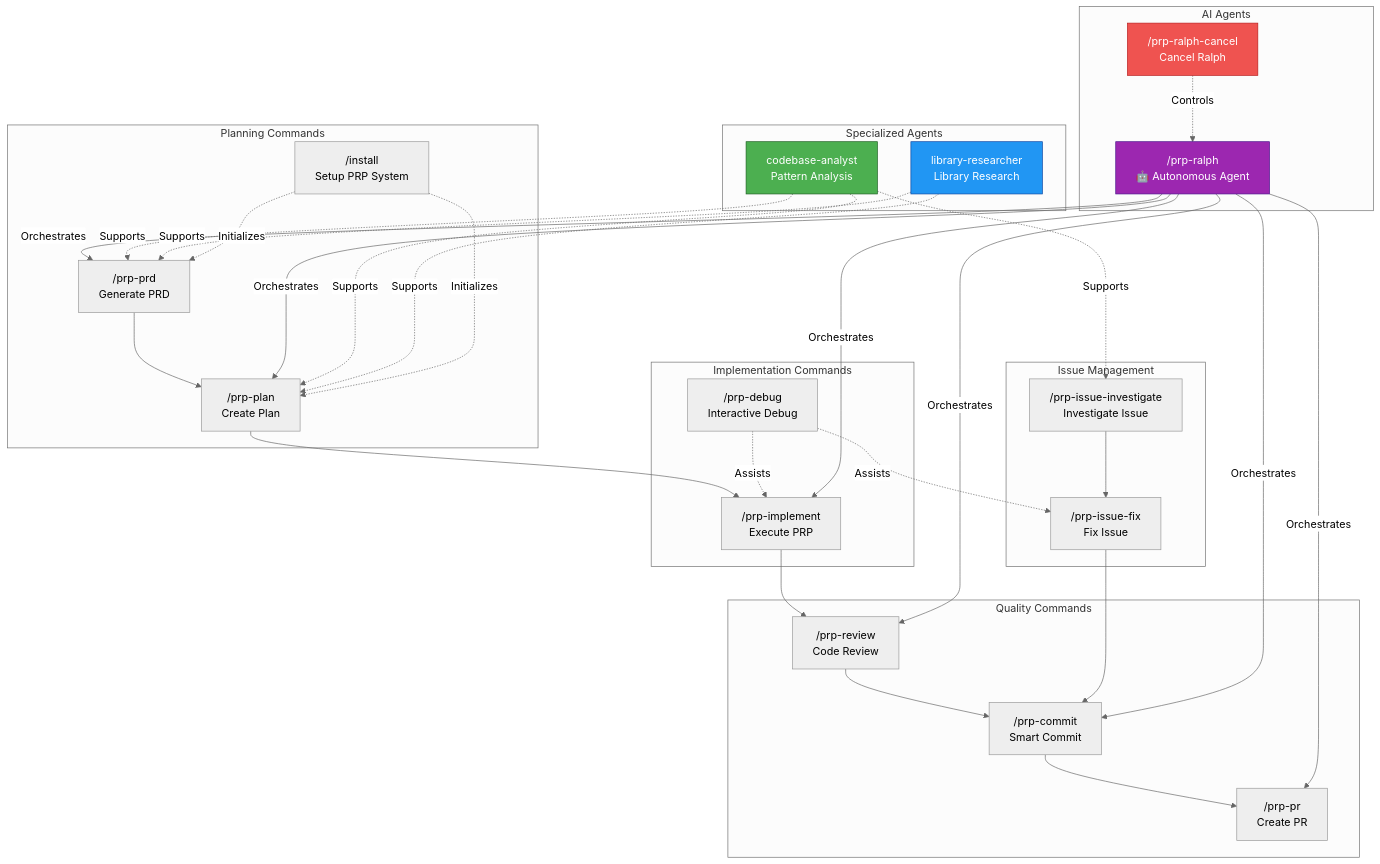
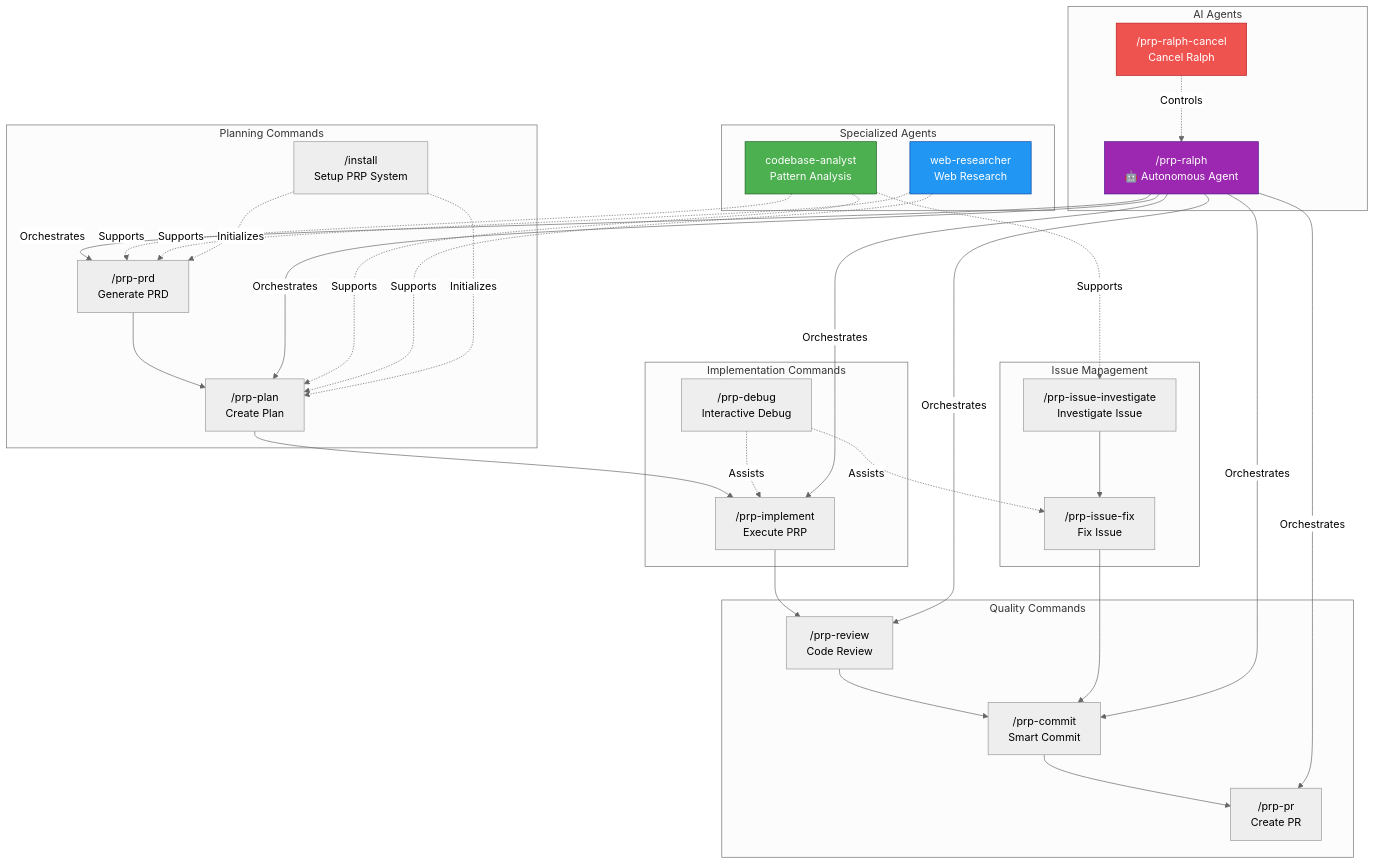
One commit to NanoBoom/nano-claude-code-plugins changed the fifth of 5 diagrams in README.md. Above: the diagram before and after it, drawn with Mermaid (neutral theme). The commit also changed 1 other file, not shown here.

Commit message:
docs: rename Researcher agent for web research
- Rename the Researcher agent from `library-researcher` to `web-researcher` in both README files

````diff
--- a/README.md
+++ b/README.md
@@ -291,69 +291,69 @@
 ```mermaid
 graph TB
     subgraph "Planning Commands"
         PRD["/prp-prd<br/>Generate PRD"]
         Plan["/prp-plan<br/>Create Plan"]
         Install["/install<br/>Setup PRP System"]
     end
 
     subgraph "Implementation Commands"
         Implement["/prp-implement<br/>Execute PRP"]
         Debug["/prp-debug<br/>Interactive Debug"]
     end
 
     subgraph "Issue Management"
         Investigate["/prp-issue-investigate<br/>Investigate Issue"]
         Fix["/prp-issue-fix<br/>Fix Issue"]
     end
 
     subgraph "Quality Commands"
         Review["/prp-review<br/>Code Review"]
         Commit["/prp-commit<br/>Smart Commit"]
         PR["/prp-pr<br/>Create PR"]
     end
 
     subgraph "AI Agents"
         Ralph["/prp-ralph<br/>🤖 Autonomous Agent"]
         RalphCancel["/prp-ralph-cancel<br/>Cancel Ralph"]
     end
 
     subgraph "Specialized Agents"
         Analyst["codebase-analyst<br/>Pattern Analysis"]
-        Researcher["library-researcher<br/>Library Research"]
+        Researcher["web-researcher<br/>Web Research"]
     end
 
     PRD --> Plan
     Plan --> Implement
     Implement --> Review
     Review --> Commit
     Commit --> PR
 
     Investigate --> Fix
     Fix --> Commit
 
     Debug -.->|Assists| Implement
     Debug -.->|Assists| Fix
 
     Ralph -->|Orchestrates| PRD
     Ralph -->|Orchestrates| Plan
     Ralph -->|Orchestrates| Implement
     Ralph -->|Orchestrates| Review
     Ralph -->|Orchestrates| Commit
     Ralph -->|Orchestrates| PR
     RalphCancel -.->|Controls| Ralph
 
     Analyst -.->|Supports| PRD
     Analyst -.->|Supports| Plan
     Analyst -.->|Supports| Investigate
 
     Researcher -.->|Supports| PRD
     Researcher -.->|Supports| Plan
 
     Install -.->|Initializes| PRD
     Install -.->|Initializes| Plan
 
     style Ralph fill:#9C27B0,stroke:#4A148C,color:#fff
     style RalphCancel fill:#EF5350,stroke:#B71C1C,color:#fff
     style Analyst fill:#4CAF50,stroke:#1B5E20,color:#fff
     style Researcher fill:#2196F3,stroke:#0D47A1,color:#fff
 ```
````
